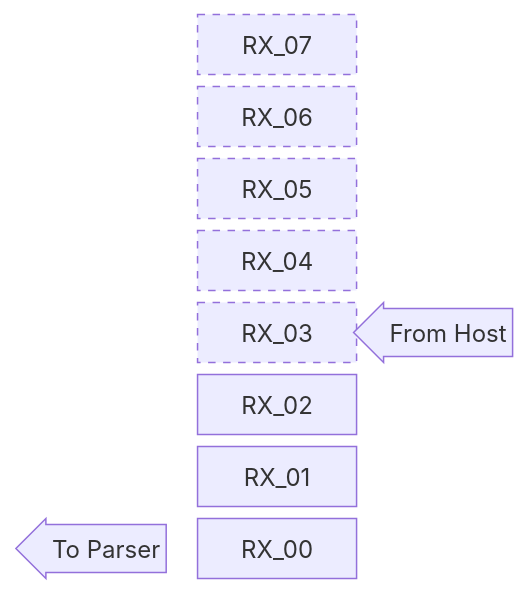
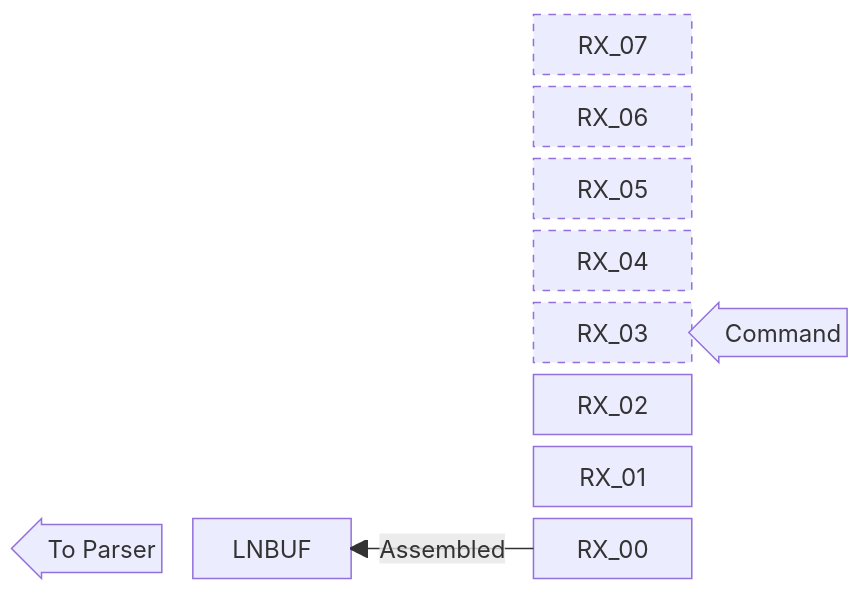
The second of 8 diagrams in doc/7.-Buffer-Strategy.md (Nakakiyo092/usb2canfdv1), drawn with Mermaid before and after one commit. The commit also changed other lines of this file, not shown here.

````diff
--- a/doc/7.-Buffer-Strategy.md
+++ b/doc/7.-Buffer-Strategy.md
@@ -15,19 +22,21 @@
 ```mermaid
 block
-  columns 5
+  columns 7
 
-  space  space                              RX_07  space                              space
-  space  space                              RX_06  space                              space
-  space  space                              RX_05  space                              space
-  space  space                              RX_04  space                              space
-  space  space                              RX_03  blockArrowId1<["From Host"]>(left) space
-  space  space                              RX_02  space                              space
-  space  space                              RX_01  space                              space
-  space  blockArrowId2<["To Parser"]>(left) RX_00  space                              space
+  space                              space space RX_07 space                            space space
+  space                              space space RX_06 space                            space space
+  space                              space space RX_05 space                            space space
+  space                              space space RX_04 space                            space space
+  space                              space space RX_03 blockArrowId1<["Command"]>(left) space space
+  space                              space space RX_02 space                            space space
+  space                              space space RX_01 space                            space space
+  blockArrowId2<["To Parser"]>(left) LNBUF space RX_00 space                            space space
+
+  RX_00 -- "Assembled" --> LNBUF
 
   style RX_07 stroke-dasharray: 5 5
   style RX_06 stroke-dasharray: 5 5
   style RX_05 stroke-dasharray: 5 5
   style RX_04 stroke-dasharray: 5 5
   style RX_03 stroke-dasharray: 5 5
 ```
````
